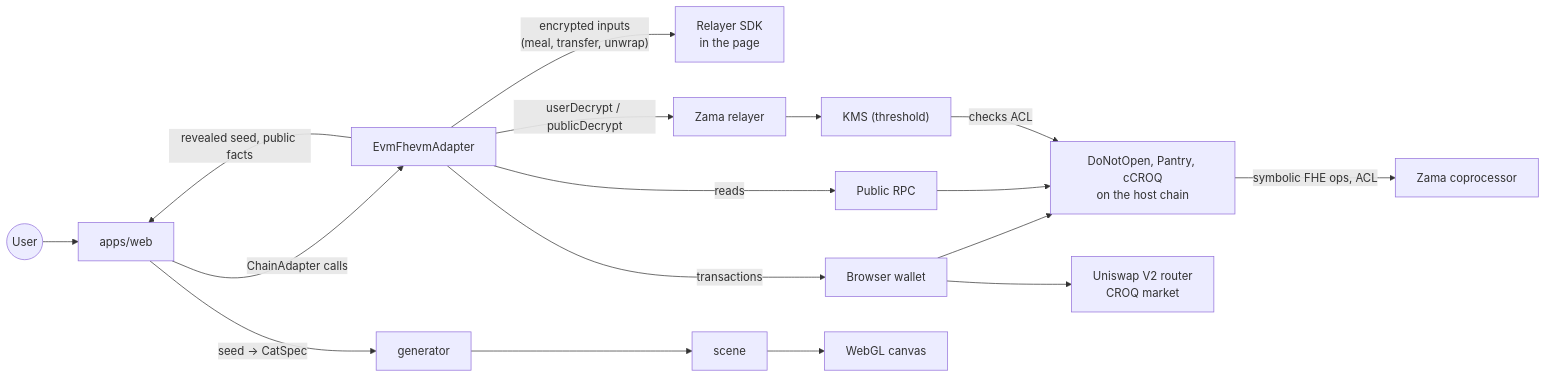
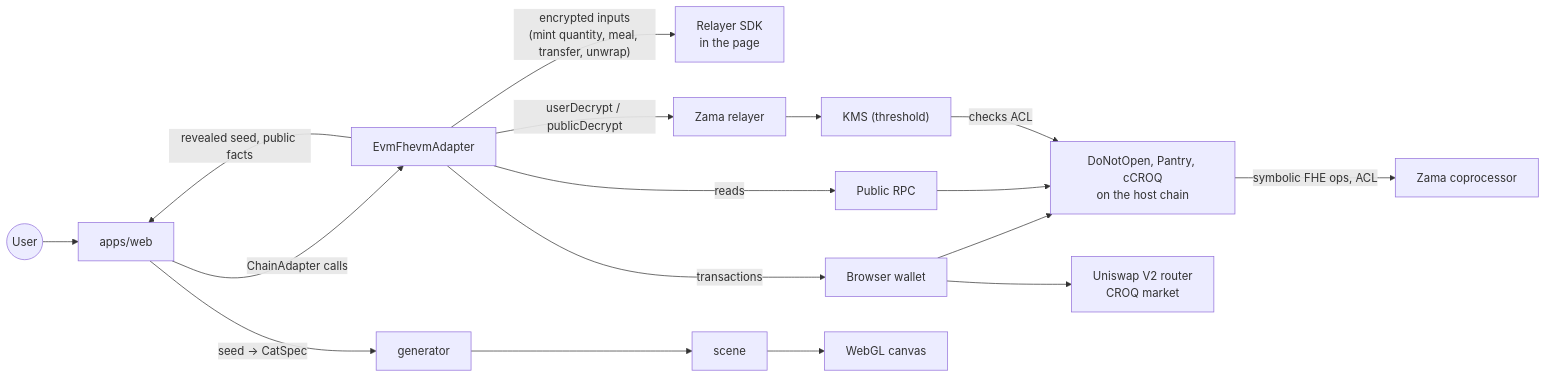
Before and after one commit to jecombe/do_not_open: the fourth of 6 diagrams in docs/ARCHITECTURE.md, drawn with Mermaid. The commit also changed other lines of this file and 25 other files, not shown here.

````diff
--- a/docs/ARCHITECTURE.md
+++ b/docs/ARCHITECTURE.md
@@ -83,14 +88,14 @@
 ```mermaid
 flowchart LR
   user((User)) --> web["apps/web"]
   web -- "ChainAdapter calls" --> adapter["EvmFhevmAdapter"]
   adapter -- "transactions" --> wallet["Browser wallet"] --> chain["DoNotOpen, Pantry, cCROQ<br/>on the host chain"]
   wallet --> uni["Uniswap V2 router<br/>CROQ market"]
-  adapter -- "encrypted inputs<br/>(meal, transfer, unwrap)" --> sdk["Relayer SDK<br/>in the page"]
+  adapter -- "encrypted inputs<br/>(mint quantity, meal, transfer, unwrap)" --> sdk["Relayer SDK<br/>in the page"]
   adapter -- "reads" --> rpc["Public RPC"] --> chain
   chain -- "symbolic FHE ops, ACL" --> copro["Zama coprocessor"]
   adapter -- "userDecrypt / publicDecrypt" --> relayer["Zama relayer"] --> kms["KMS (threshold)"]
   kms -- "checks ACL" --> chain
   adapter -- "revealed seed, public facts" --> web
   web -- "seed -> CatSpec" --> gen["generator"] --> scene["scene"] --> canvas["WebGL canvas"]
 ```
````
